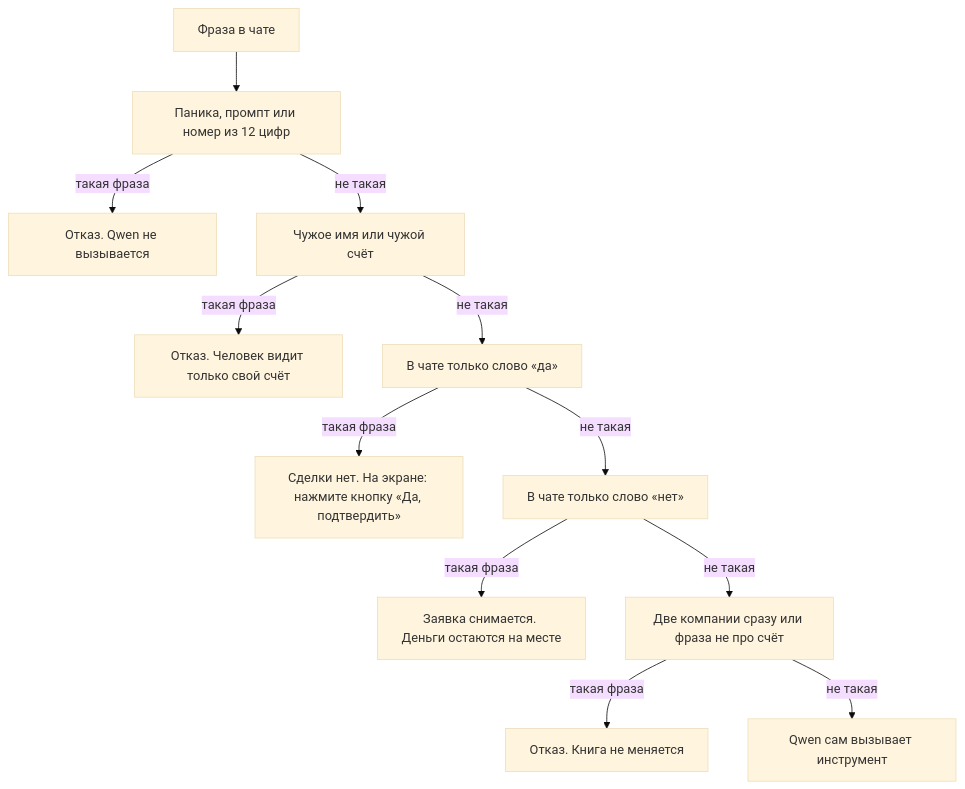
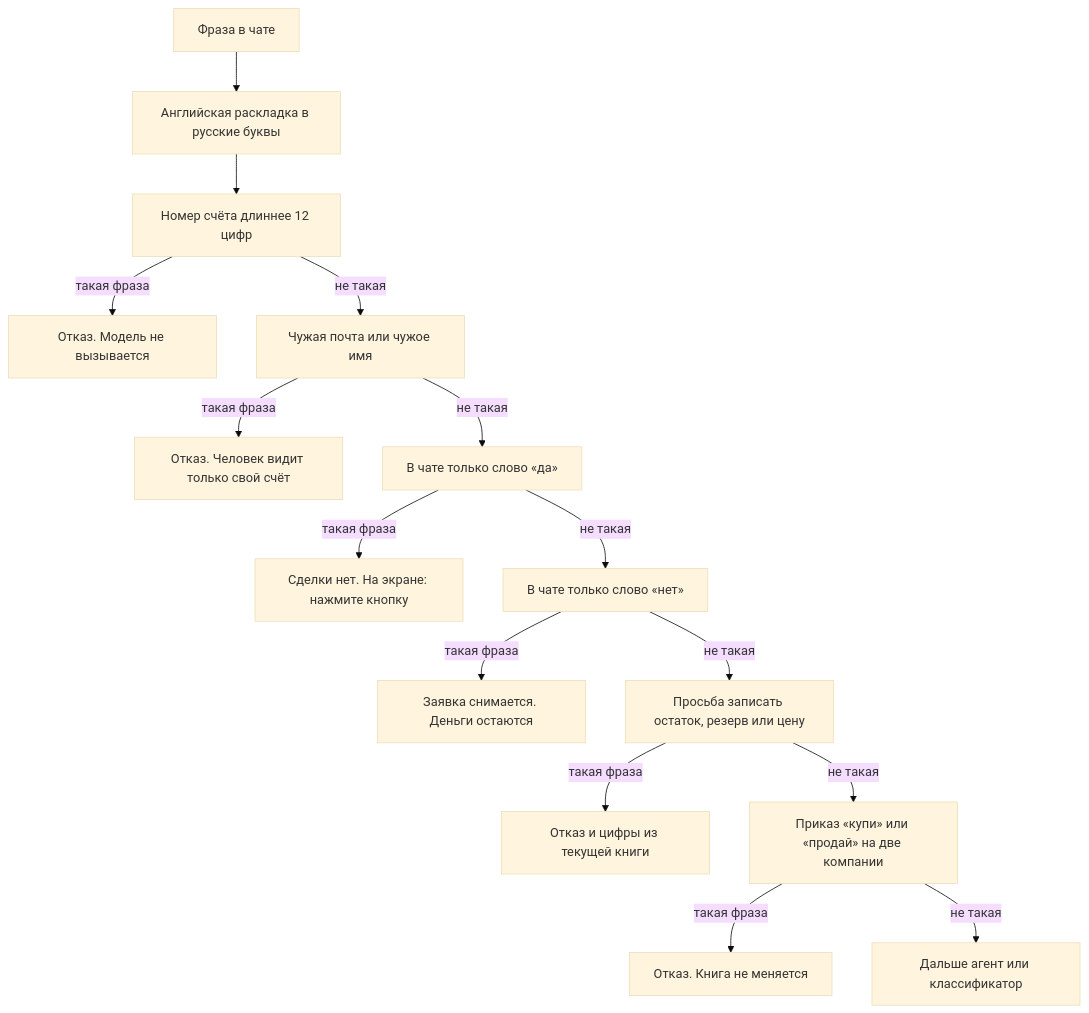
One commit to truchekaterina/mlsecops_agent changed the second of 10 diagrams in docs/АРХИТЕКТУРА_КОНВЕЙЕРА.md. Above: the diagram before and after it, drawn with Mermaid (base theme). The commit also changed other lines of this file and 30 other files, not shown here.

````diff
--- a/docs/АРХИТЕКТУРА_КОНВЕЙЕРА.md
+++ b/docs/АРХИТЕКТУРА_КОНВЕЙЕРА.md
@@ -33,14 +41,17 @@
 ```mermaid
 flowchart TD
-    A[Фраза в чате] --> B[Паника, промпт или номер из 12 цифр]
-    B -->|такая фраза| R1[Отказ. Qwen не вызывается]
-    B -->|не такая| C[Чужое имя или чужой счёт]
+    A[Фраза в чате] --> L[Английская раскладка в русские буквы]
+    L --> B[Номер счёта длиннее 12 цифр]
+    B -->|такая фраза| R1[Отказ. Модель не вызывается]
+    B -->|не такая| C[Чужая почта или чужое имя]
     C -->|такая фраза| R2[Отказ. Человек видит только свой счёт]
     C -->|не такая| D["В чате только слово «да»"]
-    D -->|такая фраза| Y1["Сделки нет. На экране: нажмите кнопку «Да, подтвердить»"]
+    D -->|такая фраза| Y1["Сделки нет. На экране: нажмите кнопку"]
     D -->|не такая| N["В чате только слово «нет»"]
-    N -->|такая фраза| Y2[Заявка снимается. Деньги остаются на месте]
-    N -->|не такая| E[Две компании сразу или фраза не про счёт]
+    N -->|такая фраза| Y2[Заявка снимается. Деньги остаются]
+    N -->|не такая| W[Просьба записать остаток, резерв или цену]
+    W -->|такая фраза| R4[Отказ и цифры из текущей книги]
+    W -->|не такая| E["Приказ «купи» или «продай» на две компании"]
     E -->|такая фраза| R3[Отказ. Книга не меняется]
-    E -->|не такая| F[Qwen сам вызывает инструмент]
+    E -->|не такая| F[Дальше агент или классификатор]
 ```
````
